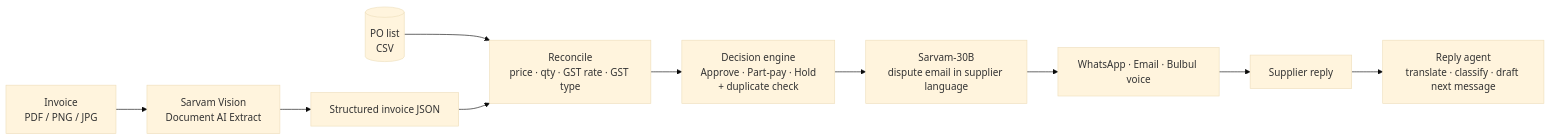
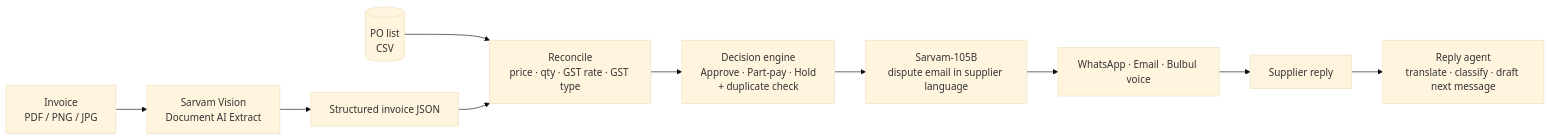
Before and after one commit to deepu1965/Freight-invoice: the diagram in README.md, drawn with Mermaid (base theme). The commit also changed other lines of this file and 1 other file, not shown here.

````diff
--- a/README.md
+++ b/README.md
@@ -67,12 +67,12 @@
 ```mermaid
 flowchart LR
     A[Invoice<br/>PDF / PNG / JPG] --> B[Sarvam Vision<br/>Document AI Extract]
     B --> C[Structured invoice JSON]
     D[(PO list<br/>CSV)] --> E
     C --> E[Reconcile<br/>price · qty · GST rate · GST type]
     E --> F[Decision engine<br/>Approve · Part-pay · Hold<br/>+ duplicate check]
-    F --> G[Sarvam-30B<br/>dispute email in supplier language]
+    F --> G[Sarvam-105B<br/>dispute email in supplier language]
     G --> H[WhatsApp · Email · Bulbul voice]
     H --> I[Supplier reply]
     I --> J[Reply agent<br/>translate · classify · draft next message]
 ```
````
